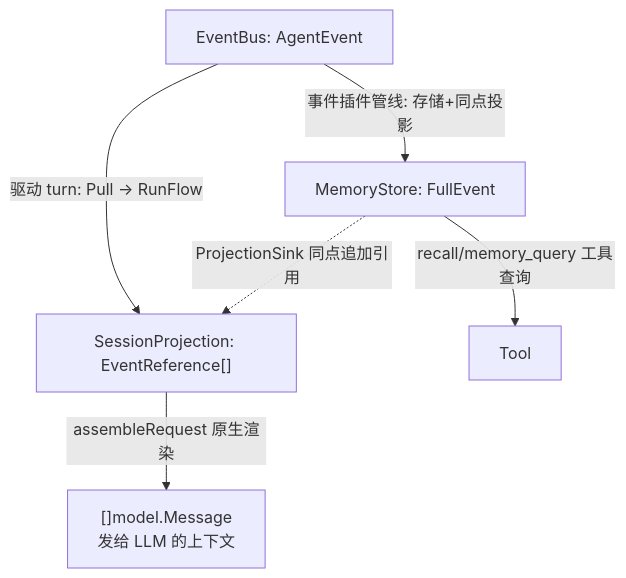
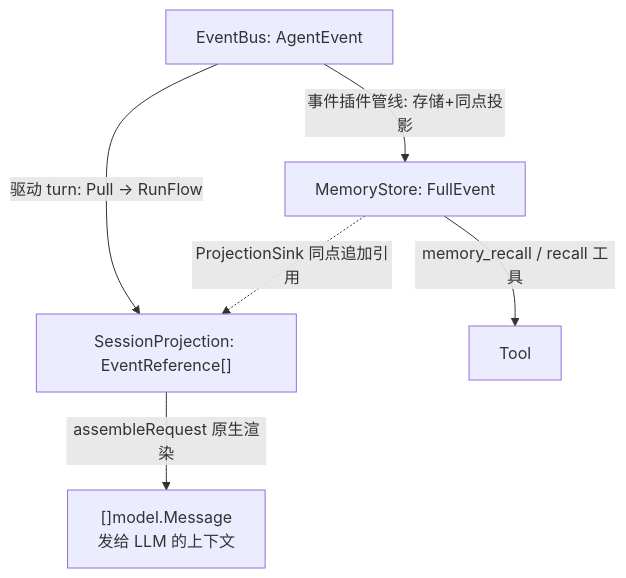
One commit to SpellingDragon/tagent changed the second of 4 diagrams in README.md. Above: the diagram before and after it, drawn with Mermaid. The commit also changed other lines of this file and 1 other file, not shown here.

First line of the commit message:
docs(readme): restructure for readability — features/scenario/samples first, diagrams over prose

````diff
--- a/README.md
+++ b/README.md
@@ -60,14 +118,14 @@
 ```mermaid
 graph TB
     EB["EventBus: AgentEvent"]
     SP["SessionProjection: EventReference[]"]
     MS["MemoryStore: FullEvent"]
     LLM["[]model.Message<br/>发给 LLM 的上下文"]
     TOOL["Tool"]
 
     EB -->|驱动 turn: Pull → RunFlow| SP
     EB -->|事件插件管线: 存储+同点投影| MS
     MS -.ProjectionSink 同点追加引用.-> SP
     SP -->|assembleRequest 原生渲染| LLM
-    MS -->|recall/memory_query 工具查询| TOOL
+    MS -->|memory_recall / recall 工具| TOOL
 ```
````
